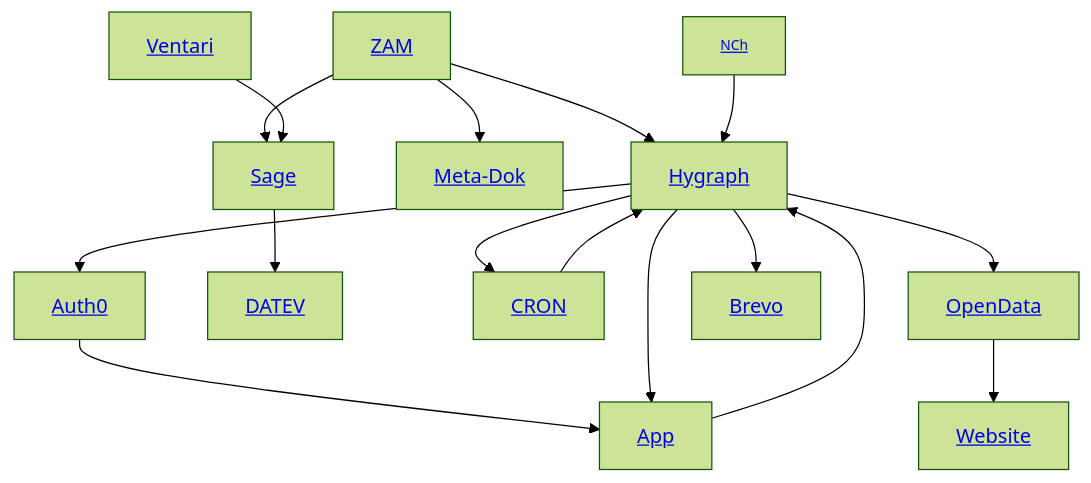
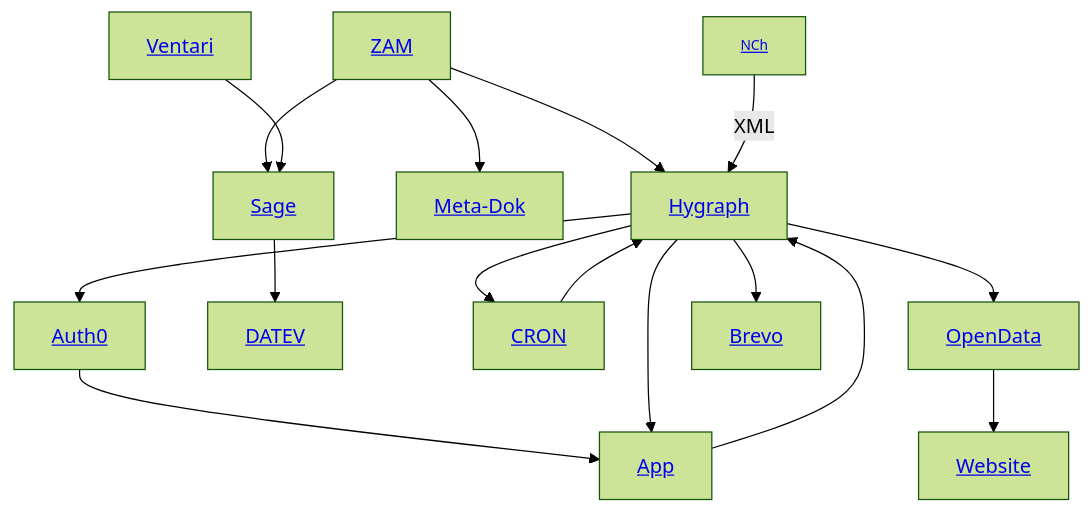
The diagram in infrastructure.md (GDCh-de/docs), drawn with Mermaid (forest theme) before and after one commit.

````diff
--- a/infrastructure.md
+++ b/infrastructure.md
@@ -3,13 +3,13 @@
 ```mermaid
 graph TD;
   NCh[NCh<br>text]:::FixFont;
   classDef FixFont font-size:11px
   Hygraph[<a href='/GDCh-de/docs/blob/main/hygraph.md'>Hygraph</a>] --> Auth0[<a href='/GDCh-de/docs/blob/main/Auth0.md'>Auth0</a>] --> App[<a href='/GDCh-de/docs/blob/main/App.md'>App</a>] --> Hygraph --> App;
   ZAM[<a href='/GDCh-de/docs/blob/main/ZAM.md'>ZAM</a>] --> Meta-Dok[<a href='/GDCh-de/docs/blob/main/Meta-Dok.md'>Meta-Dok</a>];
   ZAM --> Sage[<a href='/GDCh-de/docs/blob/main/Sage.md'>Sage</a>] --> DATEV[<a href='/GDCh-de/docs/blob/main/DATEV.md'>DATEV</a>];
   Ventari[<a href='/GDCh-de/docs/blob/main/Ventari.md'>Ventari</a>] --> Sage;
   Hygraph --> Cron[<a href='/GDCh-de/docs/blob/main/CRON.md'>CRON</a>] --> Hygraph;
   ZAM --> Hygraph;
   Hygraph --> OpenData[<a href='/GDCh-de/docs/blob/main/OpenData.md'>OpenData</a>] --> Website[<a href='/GDCh-de/docs/blob/main/Website.md'>Website</a>];
-  NCh[<a href='/GDCh-de/docs/blob/main/NCh.md'>NCh</a>] --> Hygraph --> Brevo[<a href='/GDCh-de/docs/blob/main/Brevo.md'>Brevo</a>]
+  NCh[<a href='/GDCh-de/docs/blob/main/NCh.md'>NCh</a>] -->|XML| Hygraph --> Brevo[<a href='/GDCh-de/docs/blob/main/Brevo.md'>Brevo</a>]
 ```
````
